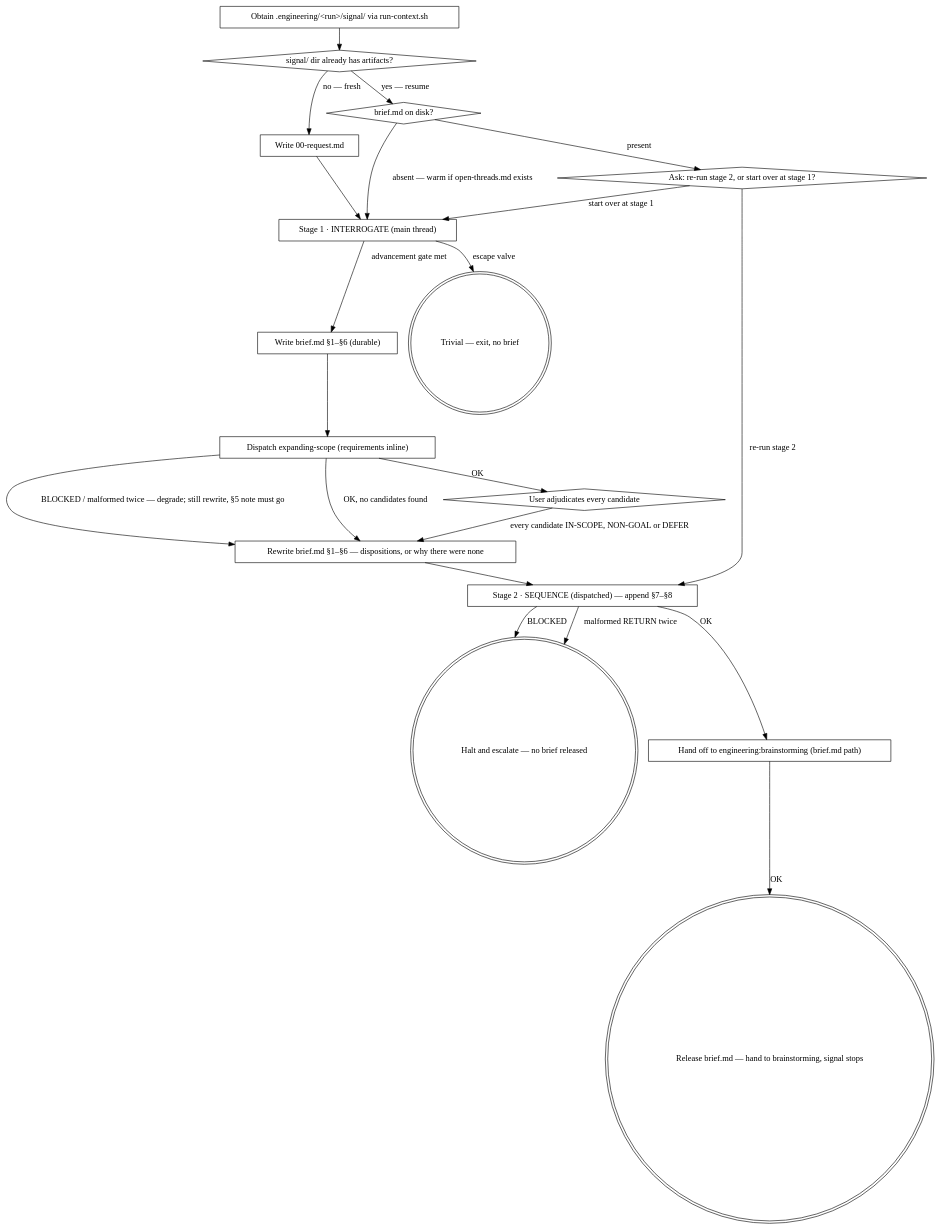
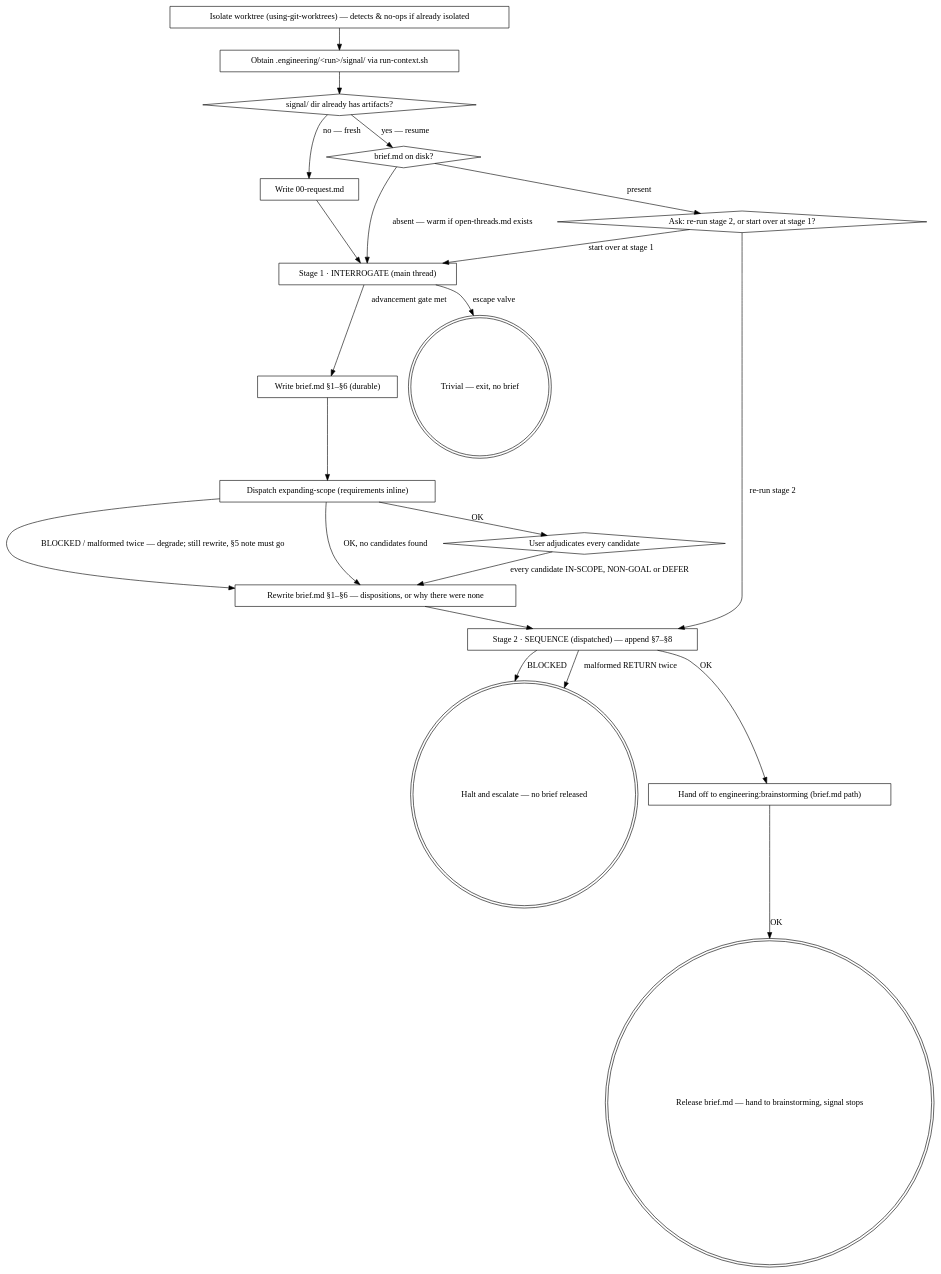
Before and after one commit to dashworthy/engineering: the diagram in engineering/skills/conducting-discovery/SKILL.md, drawn with Graphviz. The commit also changed other lines of this file and 10 other files, not shown here.

First line of the commit message:
feat(engineering): isolate a worktree at both entrances and decouple triage from signal

````diff
--- a/engineering/skills/conducting-discovery/SKILL.md
+++ b/engineering/skills/conducting-discovery/SKILL.md
@@ -93,40 +99,42 @@
 ```dot
 digraph signal {
+    "Isolate worktree (using-git-worktrees) — detects & no-ops if already isolated" [shape=box];
     "Obtain .engineering/<run>/signal/ via run-context.sh" [shape=box];
     "signal/ dir already has artifacts?" [shape=diamond];
     "Write 00-request.md" [shape=box];
     "brief.md on disk?" [shape=diamond];
     "Ask: re-run stage 2, or start over at stage 1?" [shape=diamond];
     "Stage 1 · INTERROGATE (main thread)" [shape=box];
     "Trivial — exit, no brief" [shape=doublecircle];
     "Write brief.md §1–§6 (durable)" [shape=box];
     "Dispatch expanding-scope (requirements inline)" [shape=box];
     "User adjudicates every candidate" [shape=diamond];
     "Rewrite brief.md §1–§6 — dispositions, or why there were none" [shape=box];
     "Stage 2 · SEQUENCE (dispatched) — append §7–§8" [shape=box];
     "Halt and escalate — no brief released" [shape=doublecircle];
     "Hand off to engineering:brainstorming (brief.md path)" [shape=box];
     "Release brief.md — hand to brainstorming, signal stops" [shape=doublecircle];
 
+    "Isolate worktree (using-git-worktrees) — detects & no-ops if already isolated" -> "Obtain .engineering/<run>/signal/ via run-context.sh";
     "Obtain .engineering/<run>/signal/ via run-context.sh" -> "signal/ dir already has artifacts?";
     "signal/ dir already has artifacts?" -> "Write 00-request.md" [label="no — fresh"];
     "signal/ dir already has artifacts?" -> "brief.md on disk?" [label="yes — resume"];
     "brief.md on disk?" -> "Stage 1 · INTERROGATE (main thread)" [label="absent — warm if open-threads.md exists"];
     "brief.md on disk?" -> "Ask: re-run stage 2, or start over at stage 1?" [label="present"];
     "Ask: re-run stage 2, or start over at stage 1?" -> "Stage 2 · SEQUENCE (dispatched) — append §7–§8" [label="re-run stage 2"];
     "Ask: re-run stage 2, or start over at stage 1?" -> "Stage 1 · INTERROGATE (main thread)" [label="start over at stage 1"];
     "Write 00-request.md" -> "Stage 1 · INTERROGATE (main thread)";
     "Stage 1 · INTERROGATE (main thread)" -> "Trivial — exit, no brief" [label="escape valve"];
     "Stage 1 · INTERROGATE (main thread)" -> "Write brief.md §1–§6 (durable)" [label="advancement gate met"];
     "Write brief.md §1–§6 (durable)" -> "Dispatch expanding-scope (requirements inline)";
     "Dispatch expanding-scope (requirements inline)" -> "User adjudicates every candidate" [label="OK"];
     "Dispatch expanding-scope (requirements inline)" -> "Rewrite brief.md §1–§6 — dispositions, or why there were none" [label="BLOCKED / malformed twice — degrade; still rewrite, §5 note must go"];
     "Dispatch expanding-scope (requirements inline)" -> "Rewrite brief.md §1–§6 — dispositions, or why there were none" [label="OK, no candidates found"];
     "User adjudicates every candidate" -> "Rewrite brief.md §1–§6 — dispositions, or why there were none" [label="every candidate IN-SCOPE, NON-GOAL or DEFER"];
     "Rewrite brief.md §1–§6 — dispositions, or why there were none" -> "Stage 2 · SEQUENCE (dispatched) — append §7–§8";
     "Stage 2 · SEQUENCE (dispatched) — append §7–§8" -> "Hand off to engineering:brainstorming (brief.md path)" [label="OK"];
     "Hand off to engineering:brainstorming (brief.md path)" -> "Release brief.md — hand to brainstorming, signal stops" [label="OK"];
     "Stage 2 · SEQUENCE (dispatched) — append §7–§8" -> "Halt and escalate — no brief released" [label="BLOCKED"];
     "Stage 2 · SEQUENCE (dispatched) — append §7–§8" -> "Halt and escalate — no brief released" [label="malformed RETURN twice"];
 }
 ```
````
